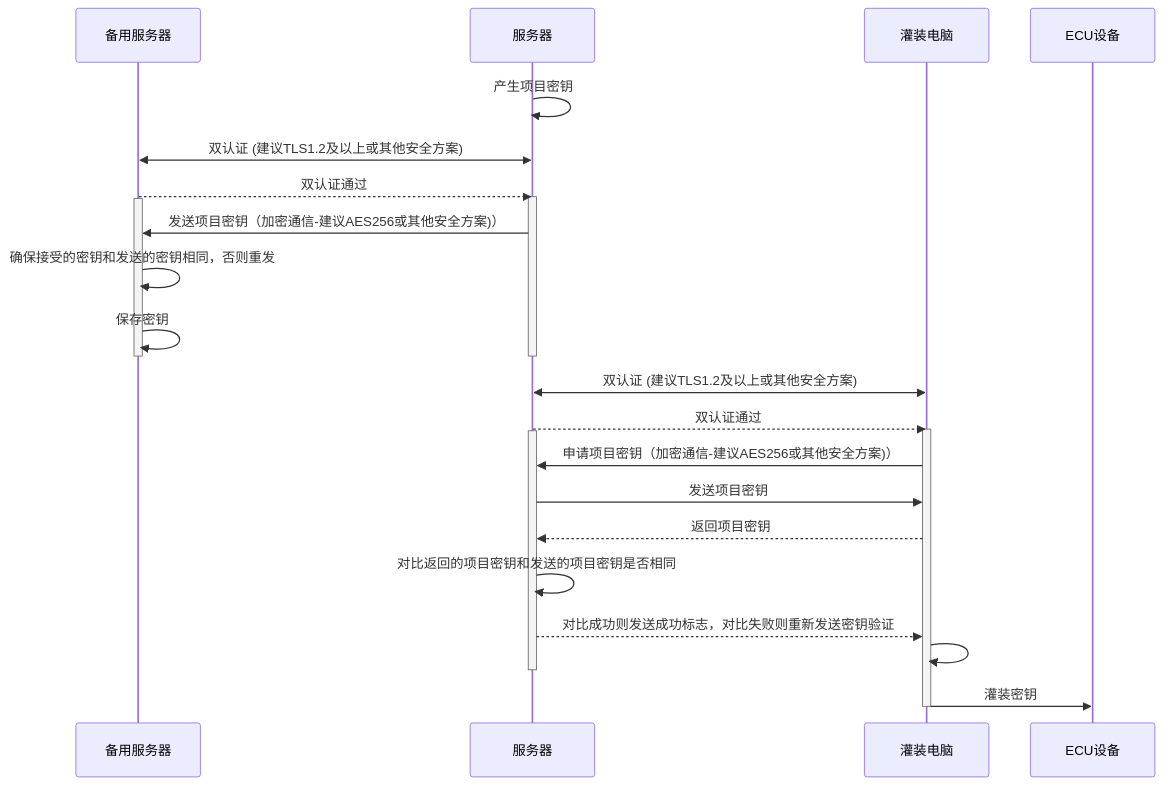
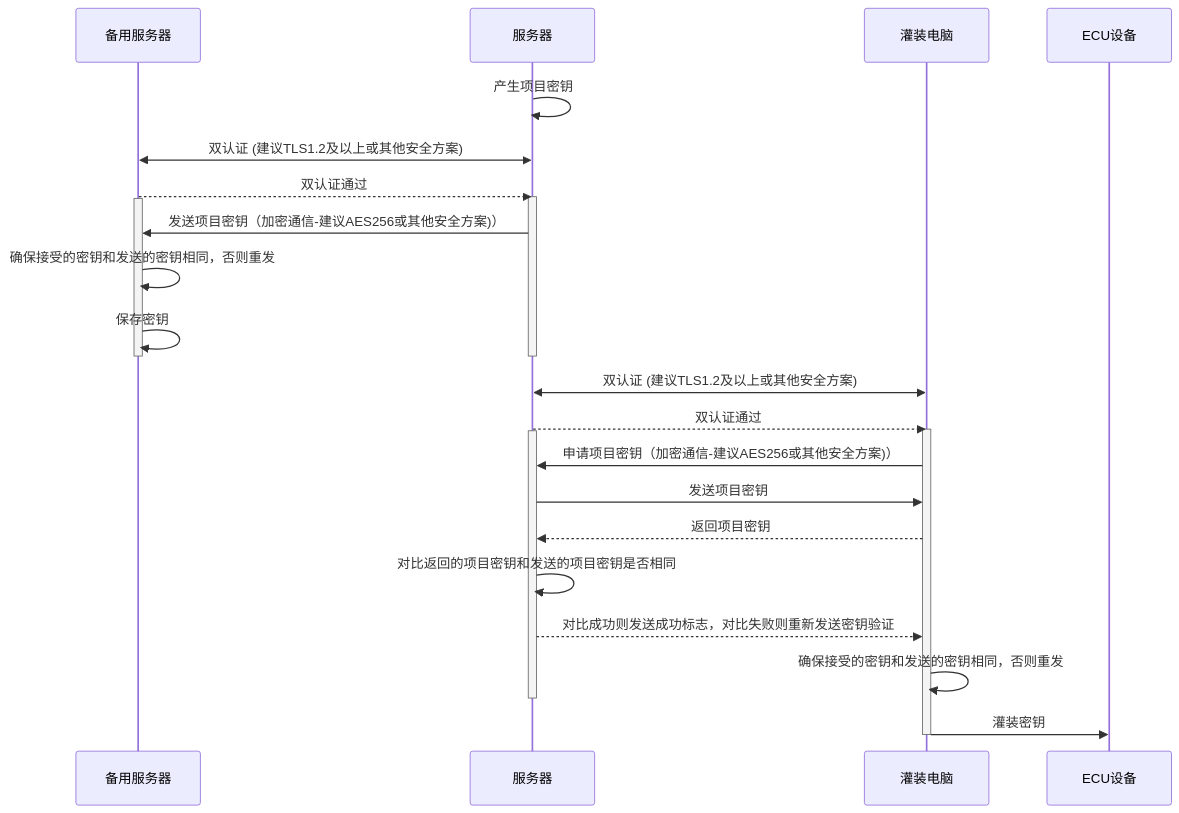
The diagram in all/未命名-10.md (facebook-cloud/iodraw-files), drawn with Mermaid before and after one commit.

Commit message:
2026-01-23 13:54:22 update

````diff
--- a/all/未命名-10.md
+++ b/all/未命名-10.md
@@ -1,34 +1,34 @@
 ```mermaid
 sequenceDiagram
     participant B as 备用服务器
     participant A as 服务器
     participant C as 灌装电脑
     participant D as ECU设备
 
     A->>A: 产生项目密钥
     A<<->>B: 双认证 (建议TLS1.2及以上或其他安全方案)
     B-->>A: 双认证通过
     activate A
     activate B
     A->>B: 发送项目密钥（加密通信-建议AES256或其他安全方案)）
 
     B->>B: 确保接受的密钥和发送的密钥相同，否则重发
     B->>B: 保存密钥
     deactivate B
     deactivate A
 
     C<<->>A: 双认证 (建议TLS1.2及以上或其他安全方案)
     A-->>C: 双认证通过
     activate C
     activate A
     C->>A: 申请项目密钥（加密通信-建议AES256或其他安全方案)）
     A->>C: 发送项目密钥
     C-->>A: 返回项目密钥
     A->>A: 对比返回的项目密钥和发送的项目密钥是否相同
     A-->>C: 对比成功则发送成功标志，对比失败则重新发送密钥验证
-    C->>C: 
+    C->>C: 确保接受的密钥和发送的密钥相同，否则重发
     deactivate A
     C->>D: 灌装密钥
     deactivate C
 
 ```
````
